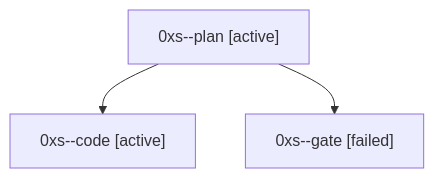
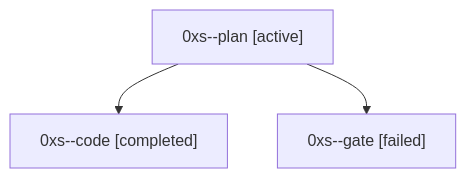
The diagram in sessions/bbugyi200.athena.0xs.md (bobs-org/bob-cli--agents), drawn with Mermaid before and after one commit. The commit also changed other lines of this file and 16 other files, not shown here.

````diff
--- a/sessions/bbugyi200.athena.0xs.md
+++ b/sessions/bbugyi200.athena.0xs.md
@@ -9,8 +9,8 @@
 ```mermaid
 flowchart TD
   n0["0xs--plan [active]"]
-  n1["0xs--code [active]"]
+  n1["0xs--code [completed]"]
   n0 --> n1
   n2["0xs--gate [failed]"]
   n0 --> n2
 ```
````
